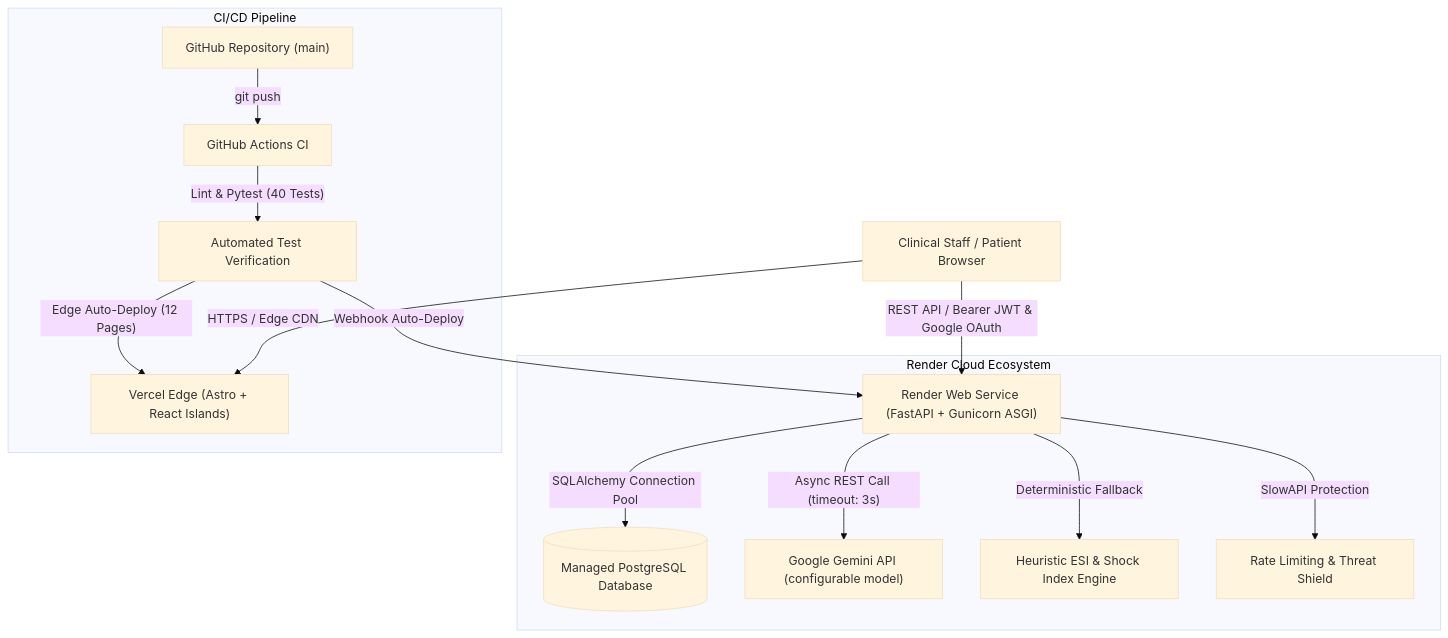
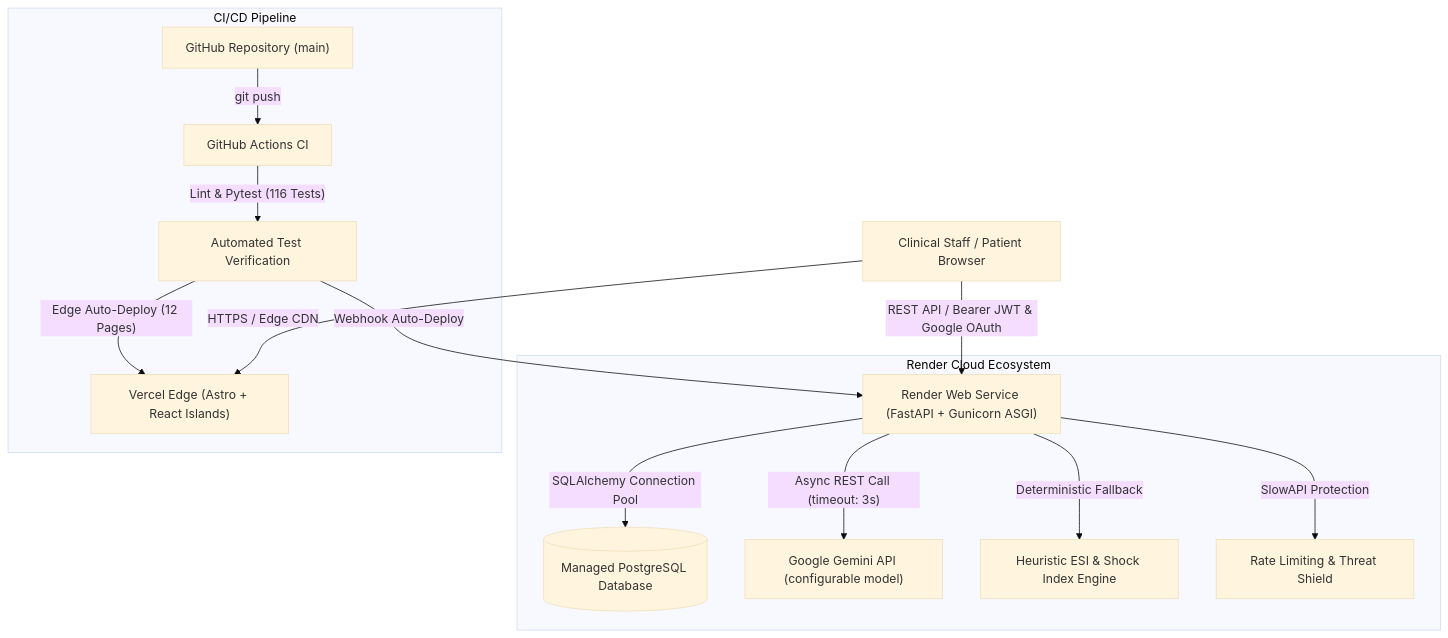
The first of 2 diagrams in README.md (AkshayByte/swasthatrack), drawn with Mermaid (base theme) before and after one commit. The commit also changed other lines of this file and 1 other file, not shown here.

````diff
--- a/README.md
+++ b/README.md
@@ -38,19 +39,19 @@
 ```mermaid
 graph TD
     User["Clinical Staff / Patient Browser"] -->|"HTTPS / Edge CDN"| Vercel["Vercel Edge (Astro + React Islands)"]
     User -->|"REST API / Bearer JWT & Google OAuth"| Render["Render Web Service (FastAPI + Gunicorn ASGI)"]
     
     subgraph "Render Cloud Ecosystem"
         Render -->|"SQLAlchemy Connection Pool"| Postgres[("Managed PostgreSQL Database")]
         Render -->|"Async REST Call (timeout: 3s)"| Gemini["Google Gemini API (configurable model)"]
         Render -->|"Deterministic Fallback"| ESI["Heuristic ESI & Shock Index Engine"]
         Render -->|"SlowAPI Protection"| RateLimit["Rate Limiting & Threat Shield"]
     end
 
     subgraph "CI/CD Pipeline"
         GitHub["GitHub Repository (main)"] -->|"git push"| GHA["GitHub Actions CI"]
-        GHA -->|"Lint & Pytest (40 Tests)"| TestPass["Automated Test Verification"]
+        GHA -->|"Lint & Pytest (116 Tests)"| TestPass["Automated Test Verification"]
         TestPass -->|"Webhook Auto-Deploy"| Render
         TestPass -->|"Edge Auto-Deploy (12 Pages)"| Vercel
     end
 ```
````
